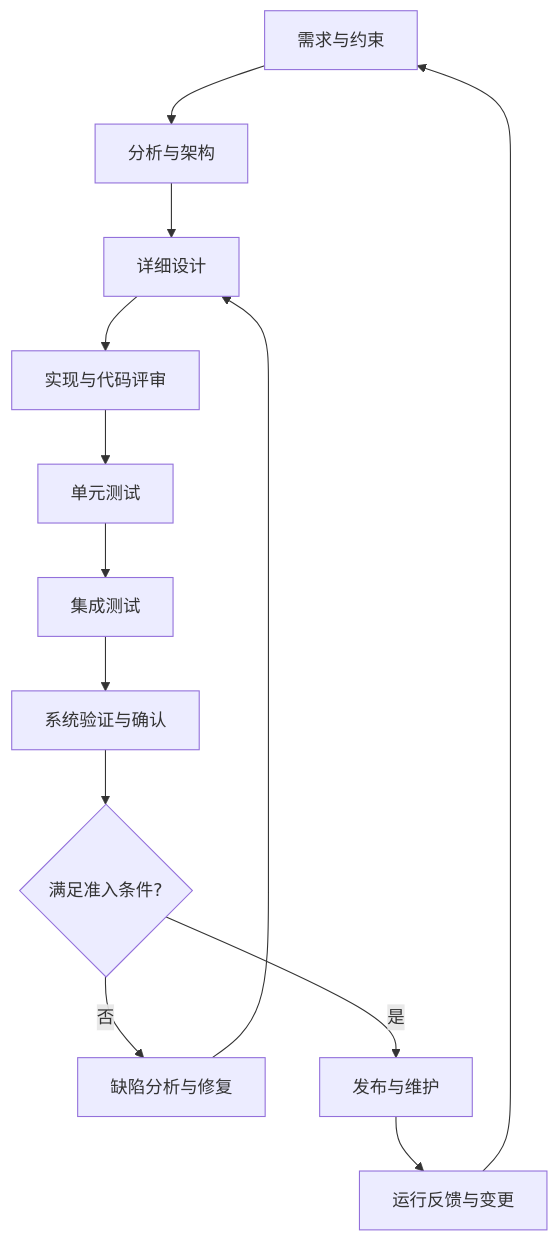
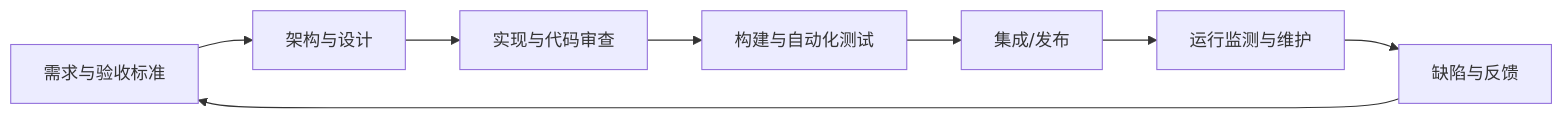
Before and after one commit to ilikui/Notes: the diagram in pages/软件工程.md, drawn with Mermaid. The commit also changed other lines of this file and 20 other files, not shown here.

First line of the commit message:
docs: complete foundation notes and add diagrams

````diff
--- a/pages/软件工程.md
+++ b/pages/软件工程.md
@@ -15,15 +13,10 @@
 ```mermaid
-flowchart TD
-    A[需求与约束] --> B[分析与架构]
-    B --> C[详细设计]
-    C --> D[实现与代码评审]
-    D --> E[单元测试]
-    E --> F[集成测试]
-    F --> G[系统验证与确认]
-    G --> H{满足准入条件?}
-    H -- 否 --> I[缺陷分析与修复]
-    I --> C
-    H -- 是 --> J[发布与维护]
-    J --> K[运行反馈与变更]
-    K --> A
+flowchart LR
+    A[需求与验收标准] --> B[架构与设计]
+    B --> C[实现与代码审查]
+    C --> D[构建与自动化测试]
+    D --> E[集成/发布]
+    E --> F[运行监测与维护]
+    F --> G[缺陷与反馈]
+    G --> A
 ```
````
